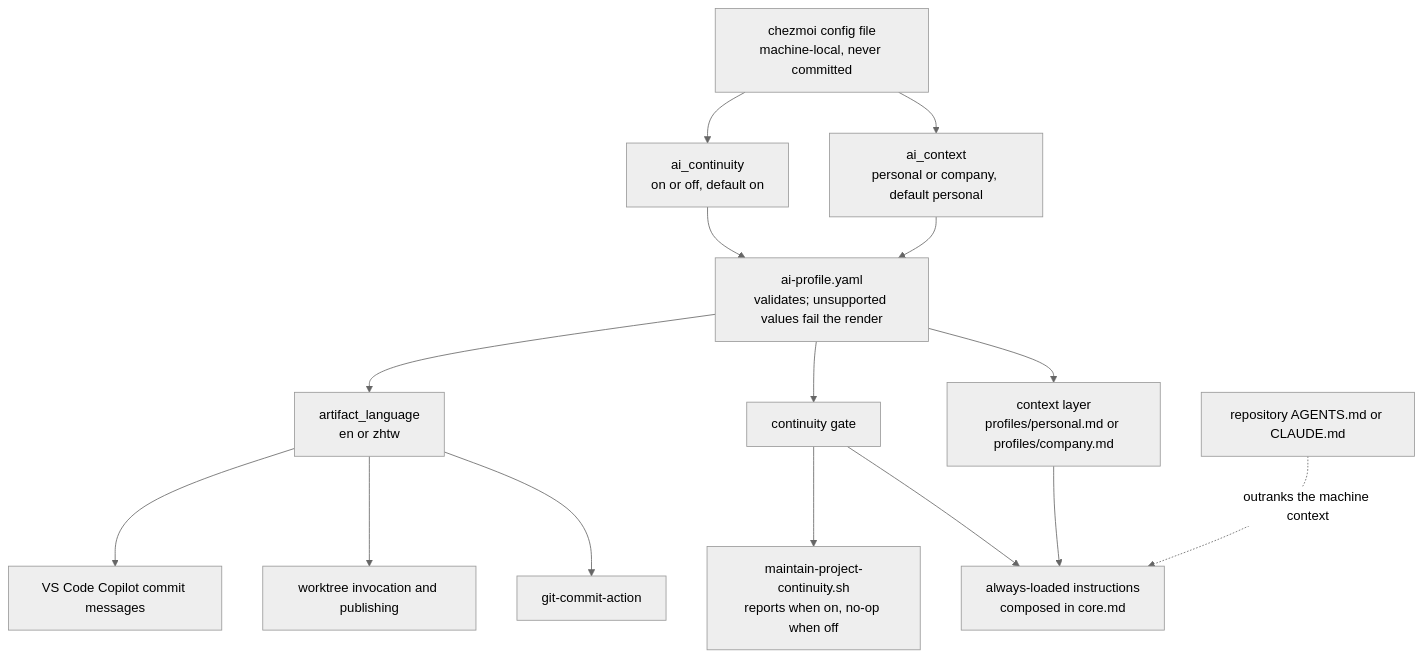
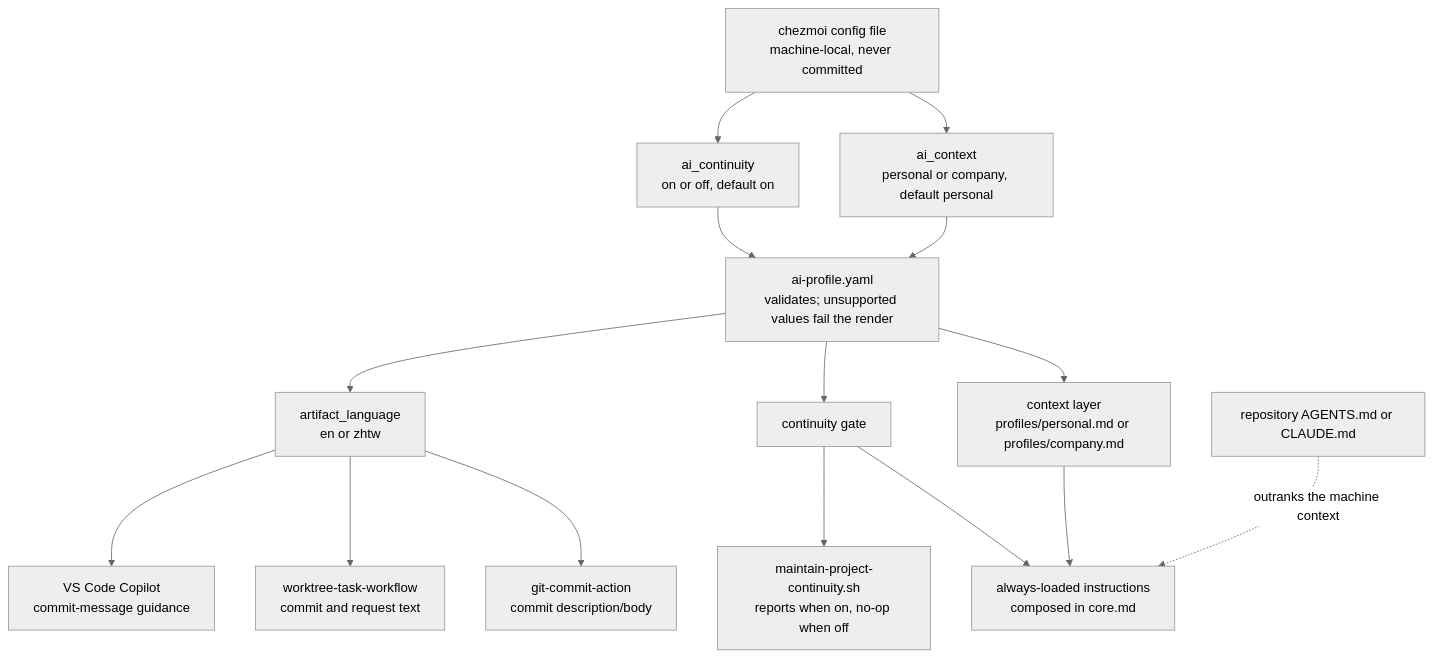
The second of 2 diagrams in README.md (sherrilla71940/dotfiles), drawn with Mermaid (neutral theme) before and after one commit. The commit also changed other lines of this file and 1 other file, not shown here.

````diff
--- a/README.md
+++ b/README.md
@@ -250,23 +238,23 @@
 ```mermaid
 flowchart TD
     config["chezmoi config file<br/>machine-local, never committed"]
     config --> context["ai_context<br/>personal or company, default personal"]
     config --> continuitySelector["ai_continuity<br/>on or off, default on"]
 
     context --> resolver["ai-profile.yaml<br/>validates; unsupported values fail the render"]
     continuitySelector --> resolver
 
     resolver --> layer["context layer<br/>profiles/personal.md or profiles/company.md"]
     resolver --> gate["continuity gate"]
     resolver --> language["artifact_language<br/>en or zhtw"]
 
     layer --> instructions["always-loaded instructions<br/>composed in core.md"]
     gate --> instructions
     gate --> helper["maintain-project-continuity.sh<br/>reports when on, no-op when off"]
 
-    language --> commitSkill["git-commit-action"]
-    language --> worktreeText["worktree invocation and publishing"]
-    language --> vscodeCommit["VS Code Copilot commit messages"]
+    language --> commitSkill["git-commit-action<br/>commit description/body"]
+    language --> worktreeText["worktree-task-workflow<br/>commit and request text"]
+    language --> vscodeCommit["VS Code Copilot<br/>commit-message guidance"]
 
     repository["repository AGENTS.md or CLAUDE.md"] -.->|"outranks the machine context"| instructions
 ```
````
